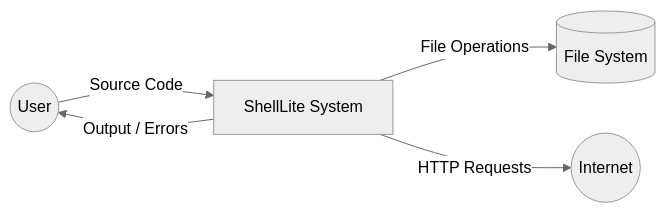
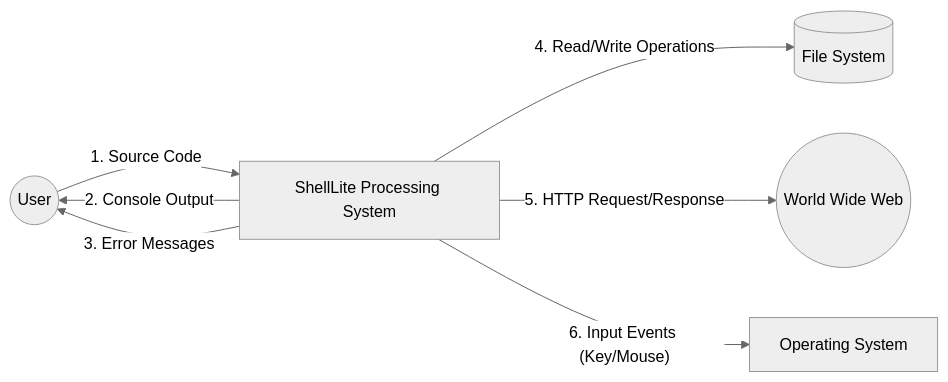
Before and after one commit to Shrey-N/ShellLite: the second of 5 diagrams in ShellLite_Project_Report.md, drawn with Mermaid (neutral theme). The commit also changed other lines of this file, not shown here.

First line of the commit message:
Add comprehensive project report v3 (No code dumps)

````diff
--- a/ShellLite_Project_Report.md
+++ b/ShellLite_Project_Report.md
@@ -212,7 +307,9 @@
 ```mermaid
 flowchart LR
-    User((User)) -- Source Code --> System[ShellLite System];
-    System -- Output / Errors --> User;
-    System -- File Operations --> Storage[(File System)];
-    System -- HTTP Requests --> Web((Internet));
+    User((User)) -- 1. Source Code --> System[ShellLite Processing System];
+    System -- 2. Console Output --> User;
+    System -- 3. Error Messages --> User;
+    System -- 4. Read/Write Operations --> Storage[(File System)];
+    System -- 5. HTTP Request/Response --> Web((World Wide Web));
+    System -- 6. Input Events (Key/Mouse) --> OS[Operating System];
 ```
````
